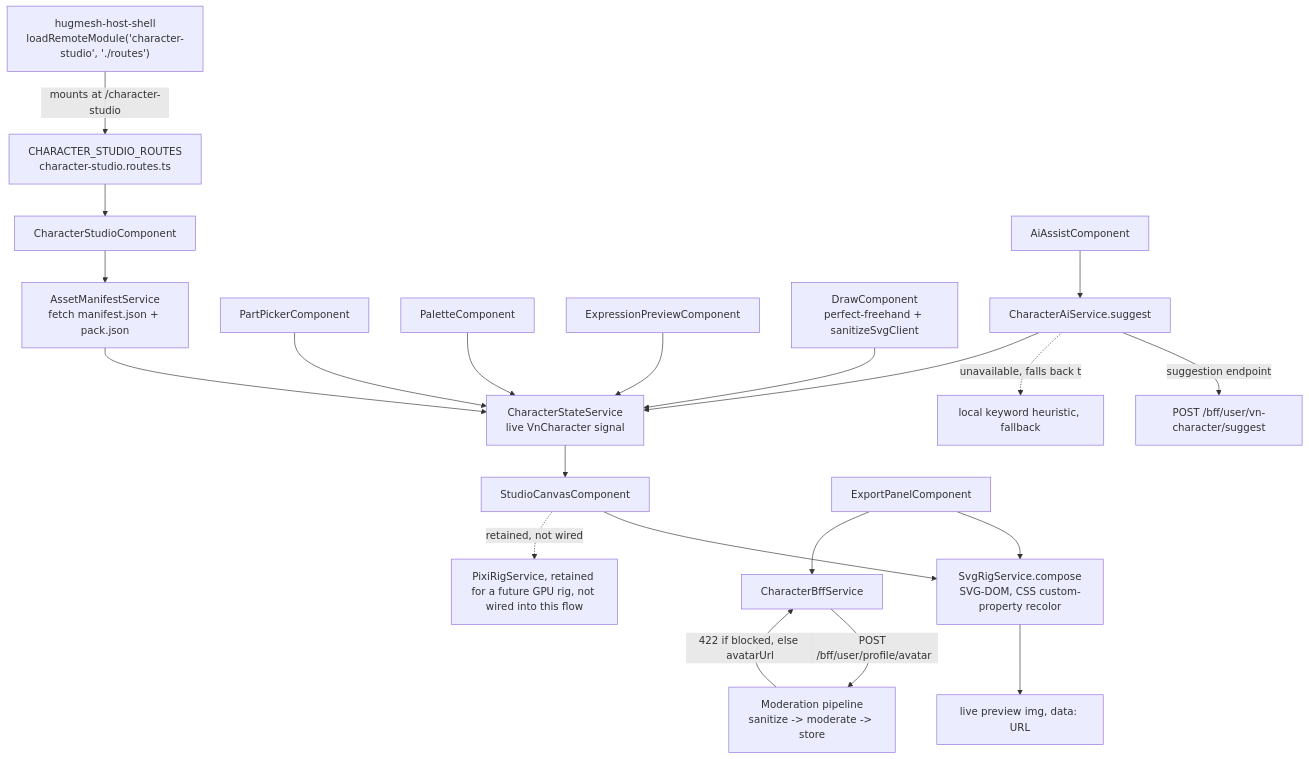
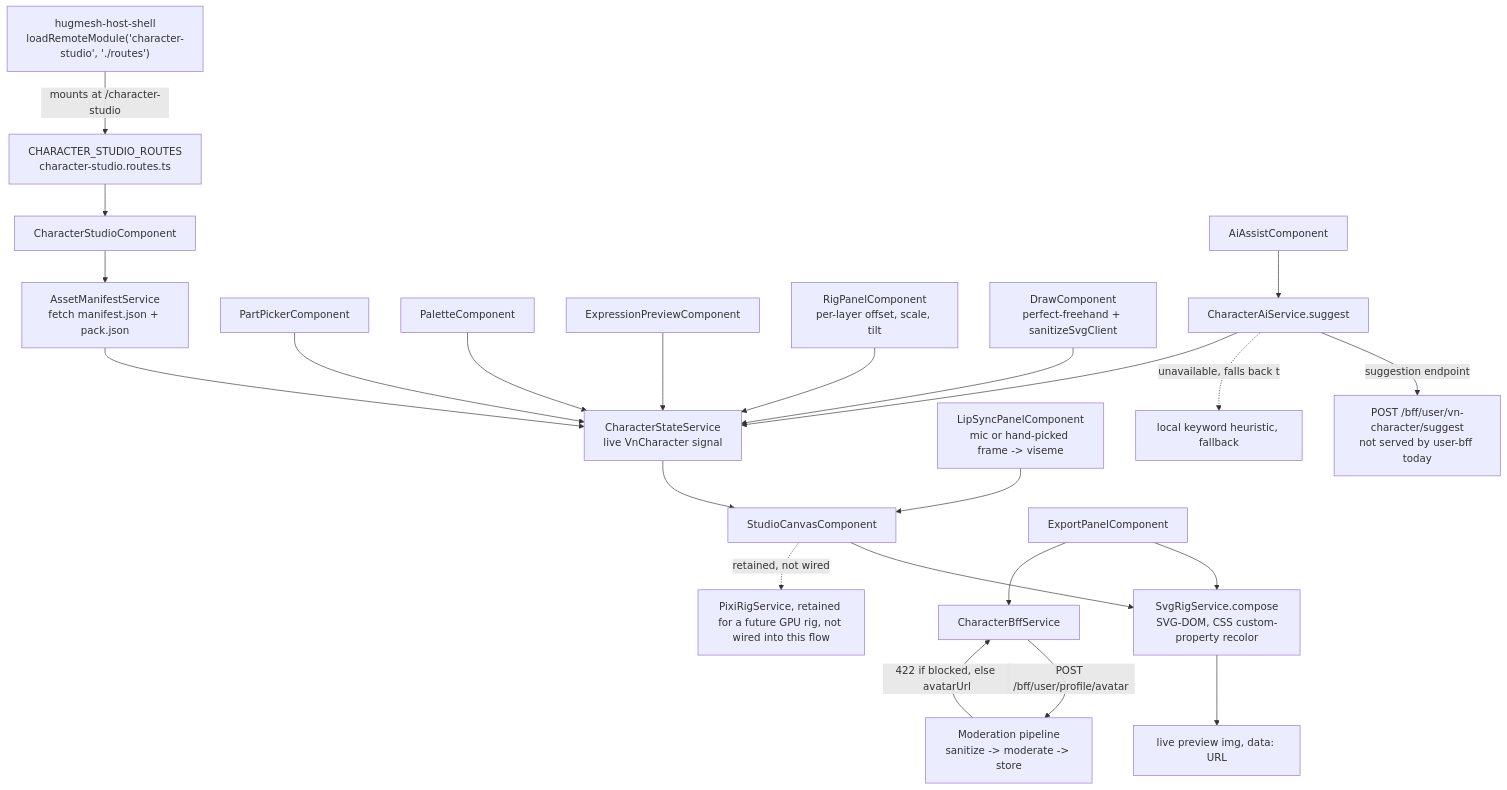
Before and after one commit to hugmesh/hugmesh-character-studio-ui: the diagram in README.md, drawn with Mermaid. The commit also changed other lines of this file, not shown here.

First line of the commit message:
docs(readme): correct routes, pack counts, tests, image name; add talk, rig, blend, use-everywhere

````diff
--- a/README.md
+++ b/README.md
@@ -53,48 +57,52 @@
 ```mermaid
 flowchart TB
     Host["hugmesh-host-shell<br/>loadRemoteModule('character-studio', './routes')"]
     Routes["CHARACTER_STUDIO_ROUTES<br/>character-studio.routes.ts"]
     Studio["CharacterStudioComponent"]
     Assets["AssetManifestService<br/>fetch manifest.json + pack.json"]
     State["CharacterStateService<br/>live VnCharacter signal"]
     Canvas["StudioCanvasComponent"]
     SvgRig["SvgRigService.compose<br/>SVG-DOM, CSS custom-property recolor"]
     Preview["live preview img, data: URL"]
     PartPicker["PartPickerComponent"]
     Palette["PaletteComponent"]
     ExprPreview["ExpressionPreviewComponent"]
+    LipSync["LipSyncPanelComponent<br/>mic or hand-picked frame -> viseme"]
+    RigPanel["RigPanelComponent<br/>per-layer offset, scale, tilt"]
     Draw["DrawComponent<br/>perfect-freehand + sanitizeSvgClient"]
     AiAssist["AiAssistComponent"]
     CharacterAi["CharacterAiService.suggest"]
-    BffSuggest["POST /bff/user/vn-character/suggest"]
+    BffSuggest["POST /bff/user/vn-character/suggest<br/>not served by user-bff today"]
     LocalHeuristic["local keyword heuristic, fallback"]
     ExportPanel["ExportPanelComponent"]
     CharacterBff["CharacterBffService"]
     Moderation["Moderation pipeline<br/>sanitize -> moderate -> store"]
     PixiRig["PixiRigService, retained for a future GPU rig, not wired into this flow"]
 
     Host -->|mounts at /character-studio| Routes
     Routes --> Studio
     Studio --> Assets
     Assets --> State
     State --> Canvas
     Canvas --> SvgRig
     SvgRig --> Preview
 
     PartPicker --> State
     Palette --> State
     ExprPreview --> State
+    RigPanel --> State
+    LipSync --> Canvas
     Draw --> State
 
     AiAssist --> CharacterAi
     CharacterAi -->|suggestion endpoint| BffSuggest
     CharacterAi -.unavailable, falls back to.-> LocalHeuristic
     CharacterAi --> State
 
     ExportPanel --> SvgRig
     ExportPanel --> CharacterBff
     CharacterBff -->|POST /bff/user/profile/avatar| Moderation
     Moderation -->|422 if blocked, else avatarUrl| CharacterBff
 
     Canvas -.retained, not wired.-> PixiRig
 ```
````
